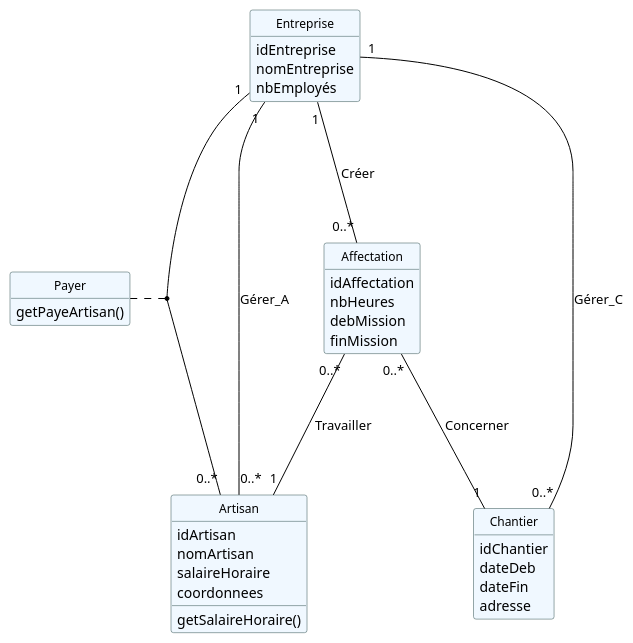
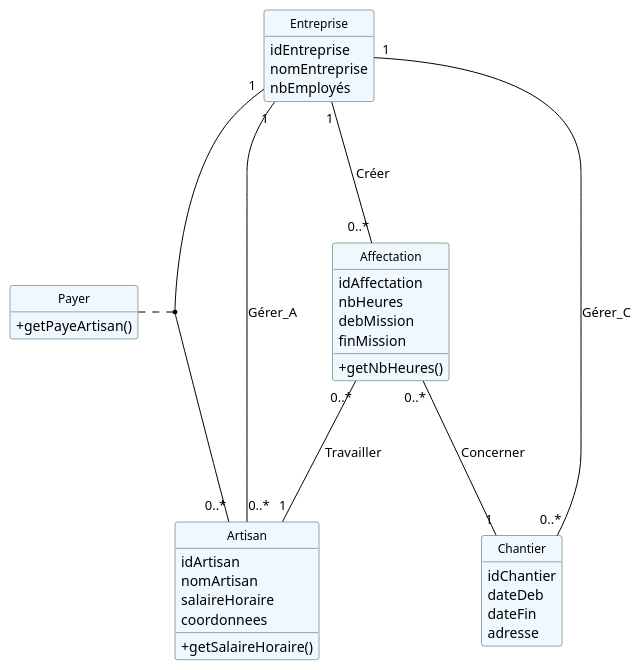
Before and after one commit to IUT-Blagnac/r2-01-conception-td5-NolanJacquemont: the diagram in dc.plantuml, drawn with PlantUML.

```diff
--- a/dc.plantuml
+++ b/dc.plantuml
@@ -1,62 +1,62 @@
 @startuml DC
 
 hide circle
 hide empty members
 hide empty methods
 
 skinparam classAttributeIconSize 0
 
 skinparam roundcorner 5
 
 skinparam class {
 	BackgroundColor AliceBlue
 	BorderColor DarkSlateGray
 	ArrowColor Black
 	FontColor Black
 	FontSize 12
 	FontName Helvetica
 }
 
 skinparam arrow {
     MessageAlign center
 }
 
 class Entreprise {
     idEntreprise
     nomEntreprise
     nbEmployés
 }
 class Artisan {
     idArtisan
     nomArtisan
     salaireHoraire
     coordonnees
 }
-Artisan : getSalaireHoraire()
+Artisan : + getSalaireHoraire()
 class Chantier {
     idChantier
     dateDeb
     dateFin
     adresse
 }
-
 class Affectation {
     idAffectation
     nbHeures
     debMission
     finMission
 }
+Affectation : + getNbHeures()
 
 Entreprise "1" -- "0..*" Chantier : Gérer_C
 Entreprise "1" -- "0..*" Artisan : Gérer_A
 Entreprise "1" --- "0..*" Artisan
 Payer .. (Entreprise, Artisan)
 class Payer {
     
 }
-Payer : getPayeArtisan()
+Payer : + getPayeArtisan()
 Entreprise "1" --- "0..*" Affectation : Créer
 Affectation "0..*" --- "1" Chantier : Concerner
 Affectation "0..*" --- "1" Artisan : Travailler
 
 @enduml
```
